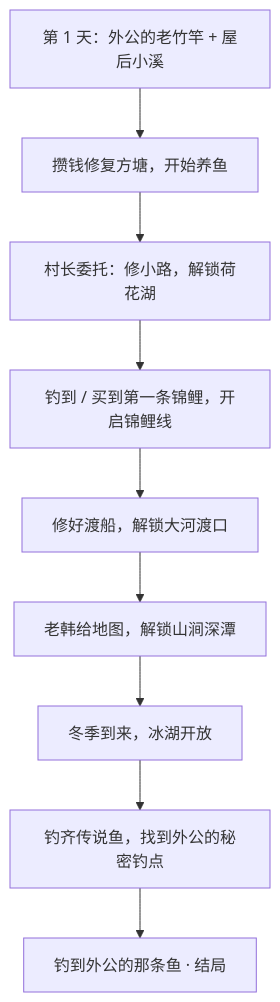
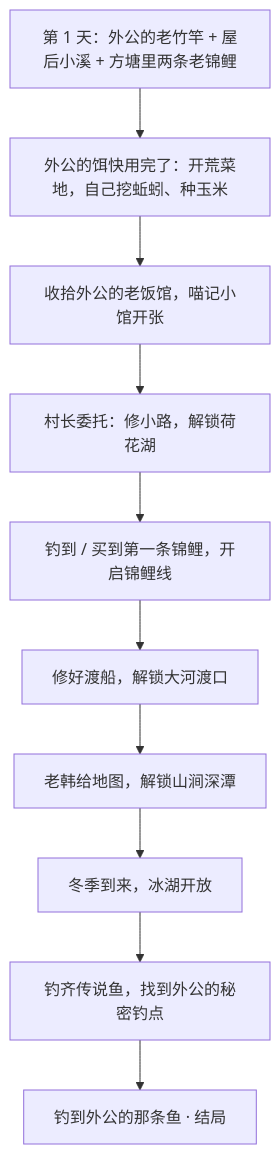
The second of 2 diagrams in docs/game-design.md (bocmiao/fishing), drawn with Mermaid before and after one commit. The commit also changed other lines of this file and 6 other files, not shown here.

````diff
--- a/docs/game-design.md
+++ b/docs/game-design.md
@@ -413,11 +452,12 @@
 ```mermaid
 flowchart TD
-    S[第 1 天：外公的老竹竿 + 屋后小溪] --> P[攒钱修复方塘，开始养鱼]
+    S[第 1 天：外公的老竹竿 + 屋后小溪 + 方塘里两条老锦鲤] --> G[外公的饵快用完了：开荒菜地，自己挖蚯蚓、种玉米]
+    G --> P[收拾外公的老饭馆，喵记小馆开张]
     P --> L[村长委托：修小路，解锁荷花湖]
     L --> K[钓到 / 买到第一条锦鲤，开启锦鲤线]
     K --> R[修好渡船，解锁大河渡口]
     R --> M[老韩给地图，解锁山涧深潭]
     M --> W[冬季到来，冰湖开放]
     W --> F[钓齐传说鱼，找到外公的秘密钓点]
     F --> E[钓到外公的那条鱼 · 结局]
 ```
````
